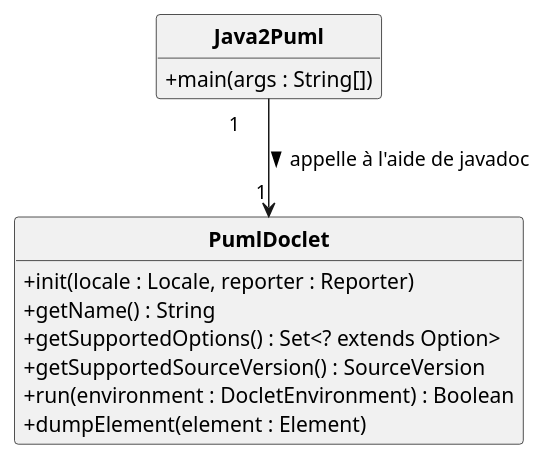
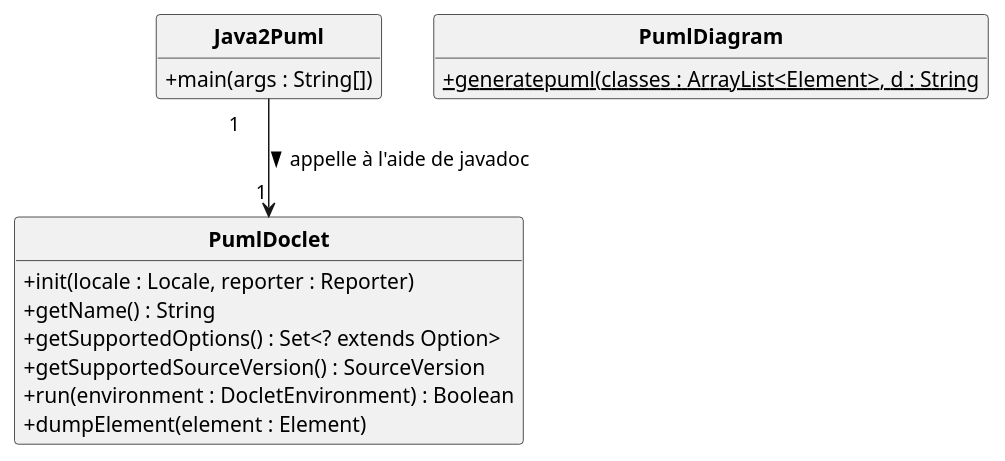
The diagram in uml/DCC.puml (yassinkioua/Projet-PumlFromJava), drawn with PlantUML before and after one commit. The commit also changed 1 other file, not shown here.

Commit message:
Maj diagramme

```diff
--- a/uml/DCC.puml
+++ b/uml/DCC.puml
@@ -1,26 +1,31 @@
 @startuml
 'https://plantuml.com/class-diagram
 skinparam classAttributeIconSize 0
 skinparam classFontStyle Bold
 skinparam style strictuml
 hide empty members
 
 class Java2Puml
 {
    +main(args : String[])
 }
 class PumlDoclet
 {
 +init(locale : Locale, reporter : Reporter)
 +getName() : String
 +getSupportedOptions() : Set<? extends Option>
 +getSupportedSourceVersion() : SourceVersion
 +run(environment : DocletEnvironment) : Boolean
 + dumpElement(element : Element)
 }
 
+class PumlDiagram
+{
+    +{static} generatepuml(classes : ArrayList<Element>, d : String
+}
+
 
 Java2Puml " 1\t" --> "\t1" PumlDoclet : appelle à l'aide de javadoc >
 
 
 @enduml
```
